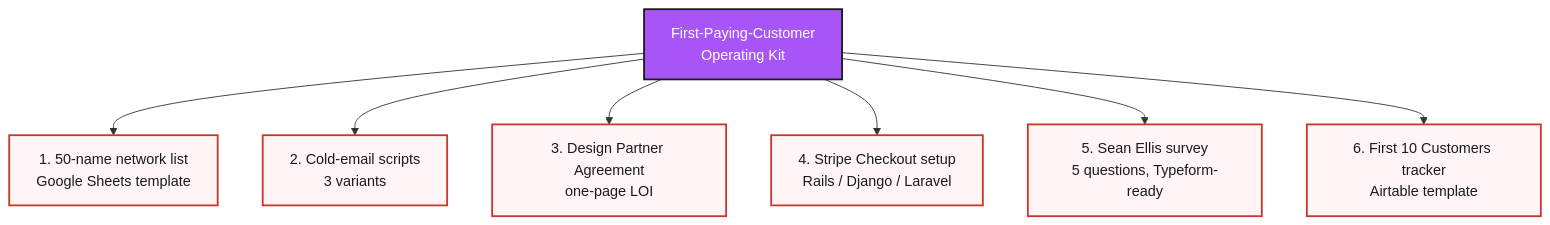
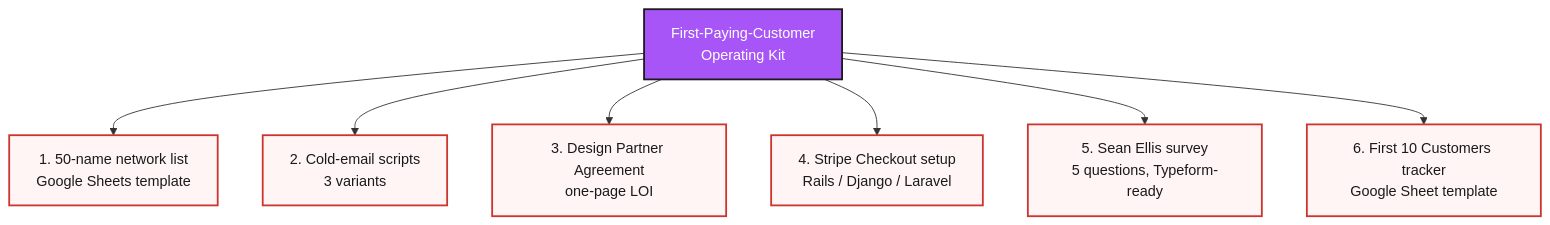
Before and after one commit to jetthoughts/jetthoughts.github.io: the diagram in content/course/tech-for-non-technical-founders-2026/first-paying-customer-operating-kit/index.md, drawn with Mermaid. The commit also changed other lines of this file and 8 other files, not shown here.

````diff
--- a/content/course/tech-for-non-technical-founders-2026/first-paying-customer-operating-kit/index.md
+++ b/content/course/tech-for-non-technical-founders-2026/first-paying-customer-operating-kit/index.md
@@ -47,15 +47,15 @@
 ```mermaid
 %%{init: {'theme':'base', 'themeVariables': {'fontFamily':'Caveat, Patrick Hand, cursive', 'primaryColor':'#fff5f5', 'primaryBorderColor':'#cc342d', 'lineColor':'#333', 'primaryTextColor':'#1a1a1a'}}}%%
 flowchart TB
     Kit[First-Paying-Customer<br/>Operating Kit]
     Kit --> T1[1. 50-name network list<br/>Google Sheets template]
     Kit --> T2[2. Cold-email scripts<br/>3 variants]
     Kit --> T3[3. Design Partner Agreement<br/>one-page LOI]
     Kit --> T4[4. Stripe Checkout setup<br/>Rails / Django / Laravel]
     Kit --> T5[5. Sean Ellis survey<br/>5 questions, Typeform-ready]
-    Kit --> T6[6. First 10 Customers tracker<br/>Airtable template]
+    Kit --> T6[6. First 10 Customers tracker<br/>Google Sheet template]
     classDef kitstyle fill:#a855f7,stroke:#1a1a1a,stroke-width:2px,color:#fff;
     classDef compstyle fill:#fff5f5,stroke:#cc342d,stroke-width:2px;
     class Kit kitstyle;
     class T1,T2,T3,T4,T5,T6 compstyle;
 ```
````
